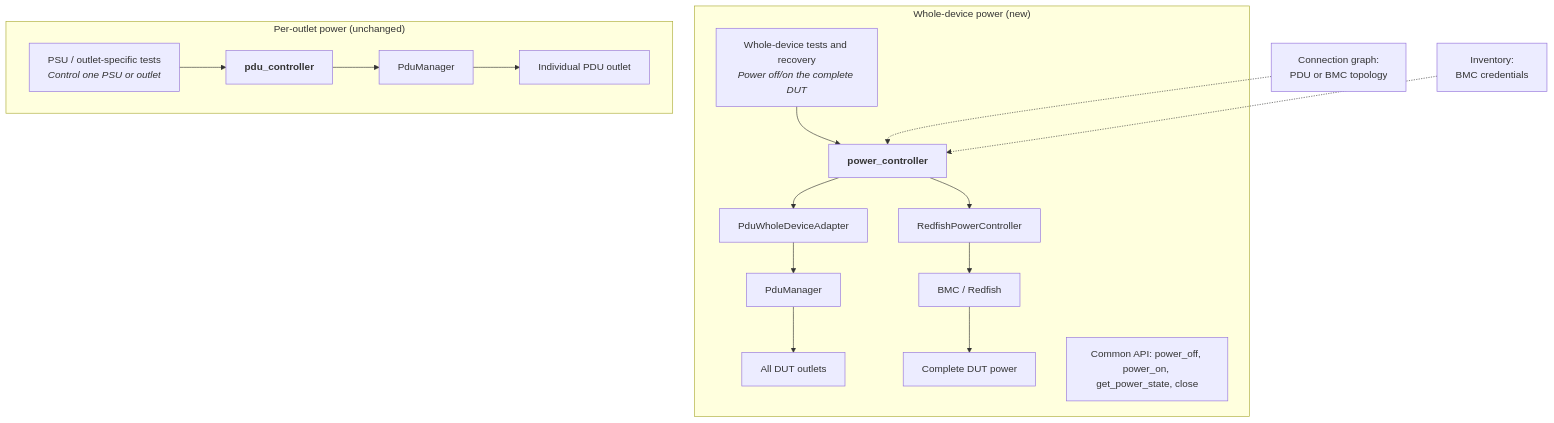
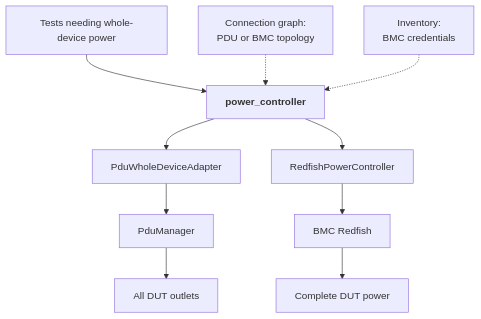
The second of 2 diagrams in docs/testbed/README.testbed.WholeDevicePowerControl.HLD.md (sonic-net/sonic-mgmt), drawn with Mermaid before and after one commit. The commit also changed other lines of this file, not shown here.

Commit message:
[docs] Rework whole-device power control HLD

````diff
--- a/docs/testbed/README.testbed.WholeDevicePowerControl.HLD.md
+++ b/docs/testbed/README.testbed.WholeDevicePowerControl.HLD.md
@@ -53,22 +44,12 @@
 ```mermaid
 flowchart TD
-    subgraph WD["Whole-device power (new)"]
-        A["Whole-device tests and recovery<br/><i>Power off/on the complete DUT</i>"] --> PC["<b>power_controller</b>"]
-        PC --> AD["PduWholeDeviceAdapter"]
-        PC --> BM["RedfishPowerController"]
-        AD --> PM1["PduManager"]
-        BM --> RF["BMC / Redfish"]
-        PM1 --> O1["All DUT outlets"]
-        RF --> O2["Complete DUT power"]
-        API["Common API: power_off, power_on, get_power_state, close"]
-    end
-
-    subgraph PO["Per-outlet power (unchanged)"]
-        B["PSU / outlet-specific tests<br/><i>Control one PSU or outlet</i>"] --> PDC["<b>pdu_controller</b>"]
-        PDC --> PM2["PduManager"]
-        PM2 --> O3["Individual PDU outlet"]
-    end
-
+    T["Tests needing whole-device power"] --> PC["<b>power_controller</b>"]
     CG["Connection graph:<br/>PDU or BMC topology"] -.-> PC
     INV["Inventory:<br/>BMC credentials"] -.-> PC
+    PC --> AD["PduWholeDeviceAdapter"]
+    PC --> BM["RedfishPowerController"]
+    AD --> PM["PduManager"]
+    BM --> RF["BMC Redfish"]
+    PM --> O1["All DUT outlets"]
+    RF --> O2["Complete DUT power"]
 ```
````
